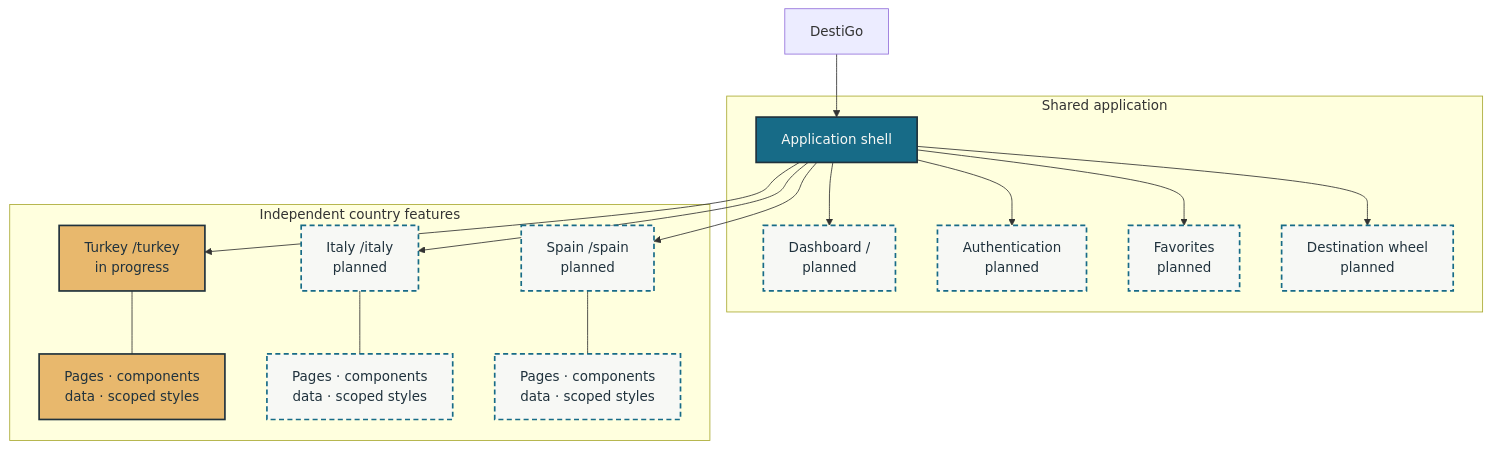
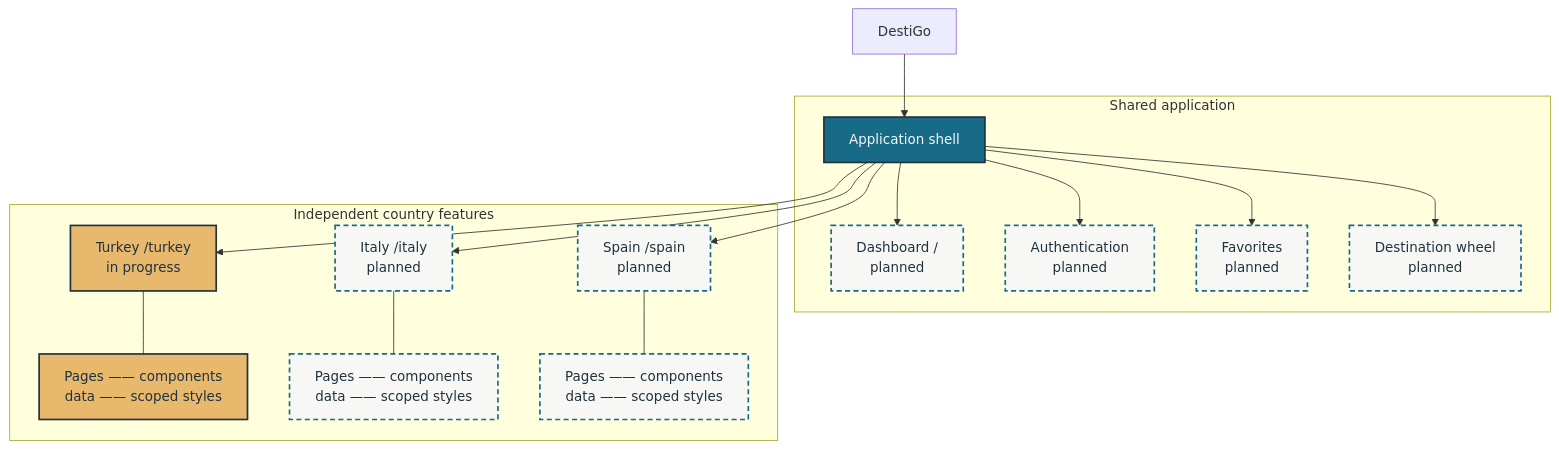
Before and after one commit to ons-sup/DestiGO: the second of 4 diagrams in README.md, drawn with Mermaid. The commit also changed other lines of this file, not shown here.

Commit message:
Move demo links to top of README

````diff
--- a/README.md
+++ b/README.md
@@ -74,38 +79,38 @@
 ```mermaid
 flowchart TB
   subgraph Shared["Shared application"]
     Shell["Application shell"]
     Dash["Dashboard /<br/>planned"]
     Auth["Authentication<br/>planned"]
     Fav["Favorites<br/>planned"]
     Wheel["Destination wheel<br/>planned"]
   end
 
   subgraph Portals["Independent country features"]
     TR["Turkey /turkey<br/>in progress"]
     IT["Italy /italy<br/>planned"]
     ES["Spain /spain<br/>planned"]
-    TRD["Pages · components<br/>data · scoped styles"]
-    ITD["Pages · components<br/>data · scoped styles"]
-    ESD["Pages · components<br/>data · scoped styles"]
+    TRD["Pages —— components<br/>data —— scoped styles"]
+    ITD["Pages —— components<br/>data —— scoped styles"]
+    ESD["Pages —— components<br/>data —— scoped styles"]
   end
 
   DG["DestiGo"] --> Shell
   Shell --> Dash
   Shell --> Auth
   Shell --> Fav
   Shell --> Wheel
   Shell --> TR
   Shell --> IT
   Shell --> ES
   TR --- TRD
   IT --- ITD
   ES --- ESD
 
   classDef shared fill:#176B87,color:#F7F8F5,stroke:#20323D,stroke-width:2px;
   classDef country fill:#E8B86D,color:#20323D,stroke:#20323D,stroke-width:2px;
   classDef planned fill:#F7F8F5,color:#20323D,stroke:#176B87,stroke-width:2px,stroke-dasharray:6 4;
   class Shell shared;
   class TR,TRD country;
   class Dash,Auth,Fav,Wheel,IT,ITD,ES,ESD planned;
 ```
````
